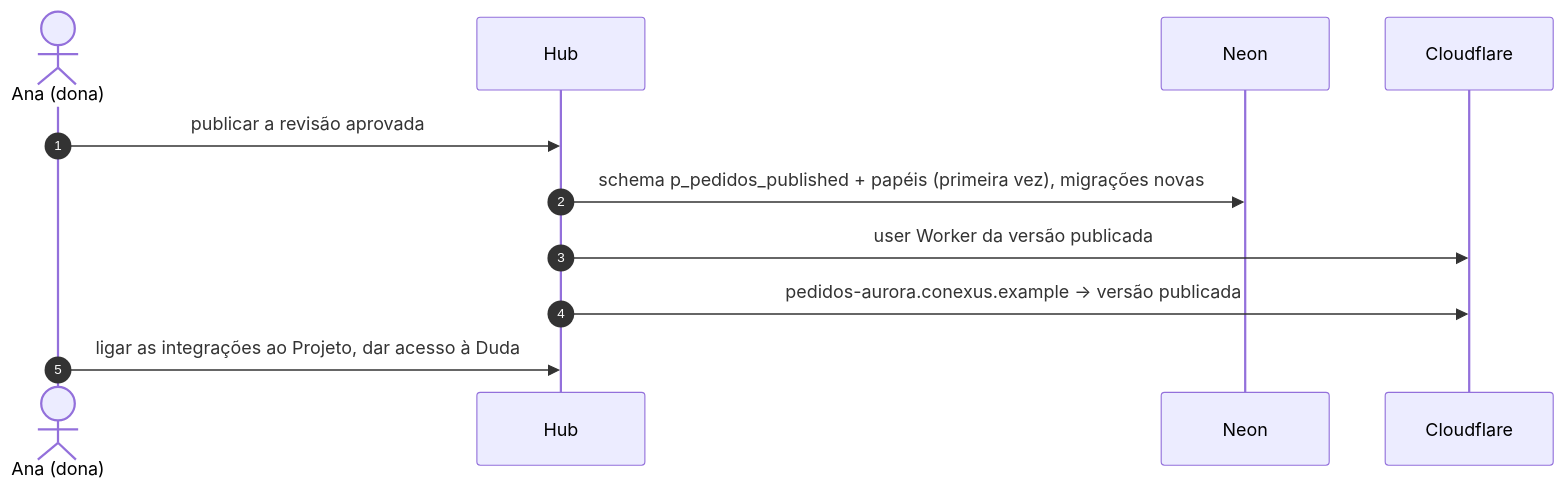
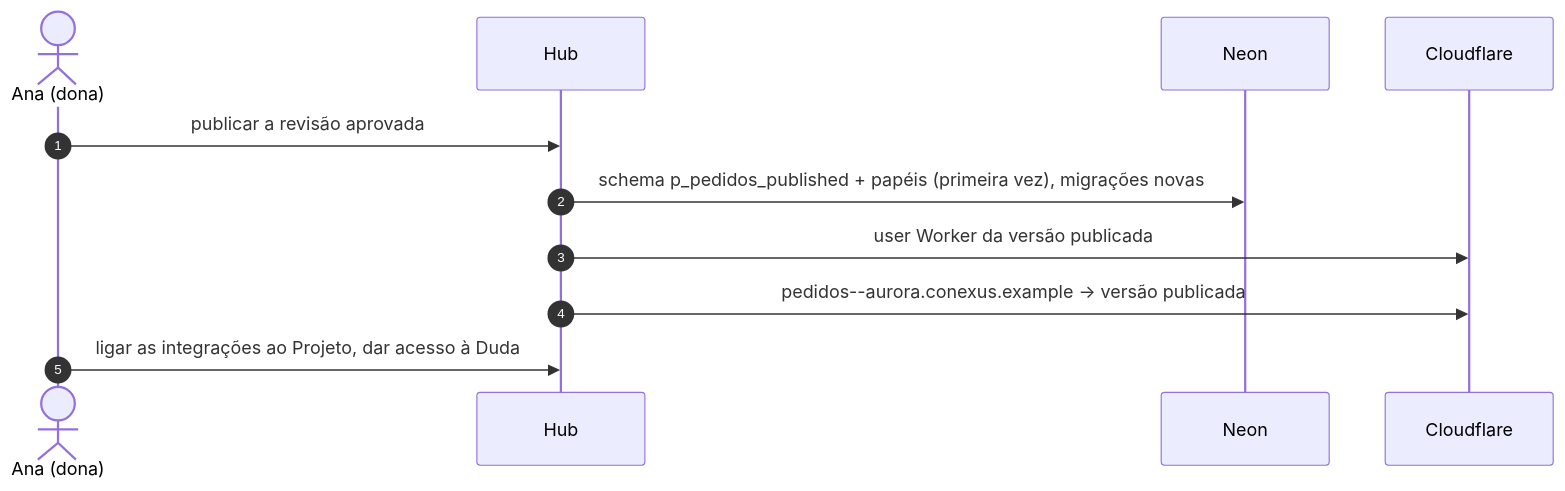
Before and after one commit to developmentconexus-ops/conexus-os: the seventh of 8 diagrams in docs/research/architecture/target-design.md, drawn with Mermaid. The commit also changed other lines of this file and 8 other files, not shown here.

````diff
--- a/docs/research/architecture/target-design.md
+++ b/docs/research/architecture/target-design.md
@@ -376,13 +376,13 @@
 ```mermaid
 sequenceDiagram
   autonumber
   actor Ana as Ana (dona)
   participant Hub as Hub
   participant N as Neon
   participant CF as Cloudflare
   Ana->>Hub: publicar a revisão aprovada
   Hub->>N: schema p_pedidos_published + papéis (primeira vez), migrações novas
   Hub->>CF: user Worker da versão publicada
-  Hub->>CF: pedidos-aurora.conexus.example → versão publicada
+  Hub->>CF: pedidos--aurora.conexus.example → versão publicada
   Ana->>Hub: ligar as integrações ao Projeto, dar acesso à Duda
 ```
````
